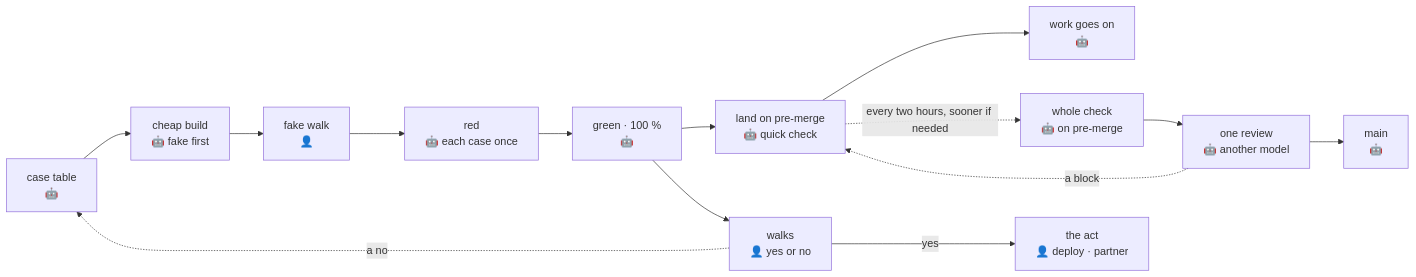
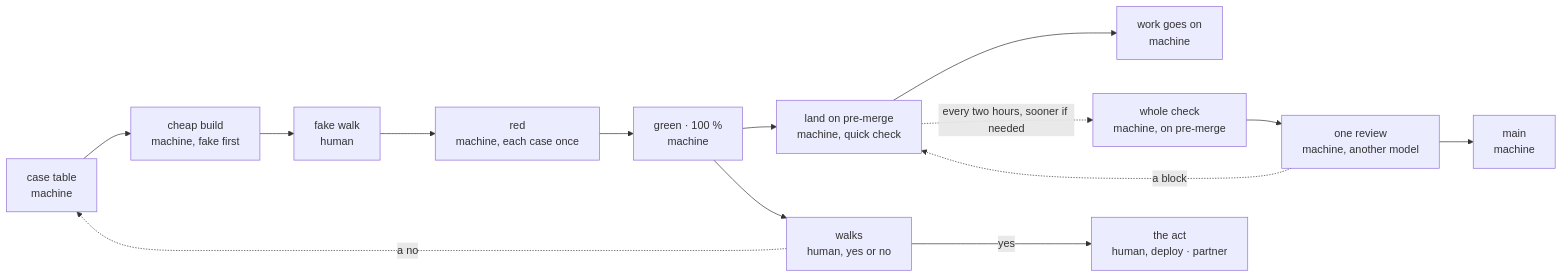
Before and after one commit to ancJ29/credo: the diagram in docs/conventions/qa.md, drawn with Mermaid. The commit also changed other lines of this file and 2 other files, not shown here.

Commit message:
docs(partners): the tester's page whole, the QA rules' first screen and the picture's marks as words, the long sentences split

````diff
--- a/docs/conventions/qa.md
+++ b/docs/conventions/qa.md
@@ -17,15 +16,15 @@
 ```mermaid
 flowchart LR
-  table["case table<br/>🤖"] --> cheap["cheap build<br/>🤖 fake first"]
-  cheap --> look["fake walk<br/>👤"] --> red["red<br/>🤖 each case once"]
-  red --> green["green · 100 %<br/>🤖"]
-  green --> merge["land on pre-merge<br/>🤖 quick check"]
-  merge --> on["work goes on<br/>🤖"]
-  merge -. every two hours, sooner if needed .-> whole["whole check<br/>🤖 on pre-merge"]
-  whole --> review["one review<br/>🤖 another model"]
-  review --> main["main<br/>🤖"]
-  green --> walks["walks<br/>👤 yes or no"]
-  walks -- yes --> act["the act<br/>👤 deploy · partner"]
+  table["case table<br/>machine"] --> cheap["cheap build<br/>machine, fake first"]
+  cheap --> look["fake walk<br/>human"] --> red["red<br/>machine, each case once"]
+  red --> green["green · 100 %<br/>machine"]
+  green --> merge["land on pre-merge<br/>machine, quick check"]
+  merge --> on["work goes on<br/>machine"]
+  merge -. every two hours, sooner if needed .-> whole["whole check<br/>machine, on pre-merge"]
+  whole --> review["one review<br/>machine, another model"]
+  review --> main["main<br/>machine"]
+  green --> walks["walks<br/>human, yes or no"]
+  walks -- yes --> act["the act<br/>human, deploy · partner"]
   review -. a block .-> merge
   walks -. a no .-> table
 ```
````
